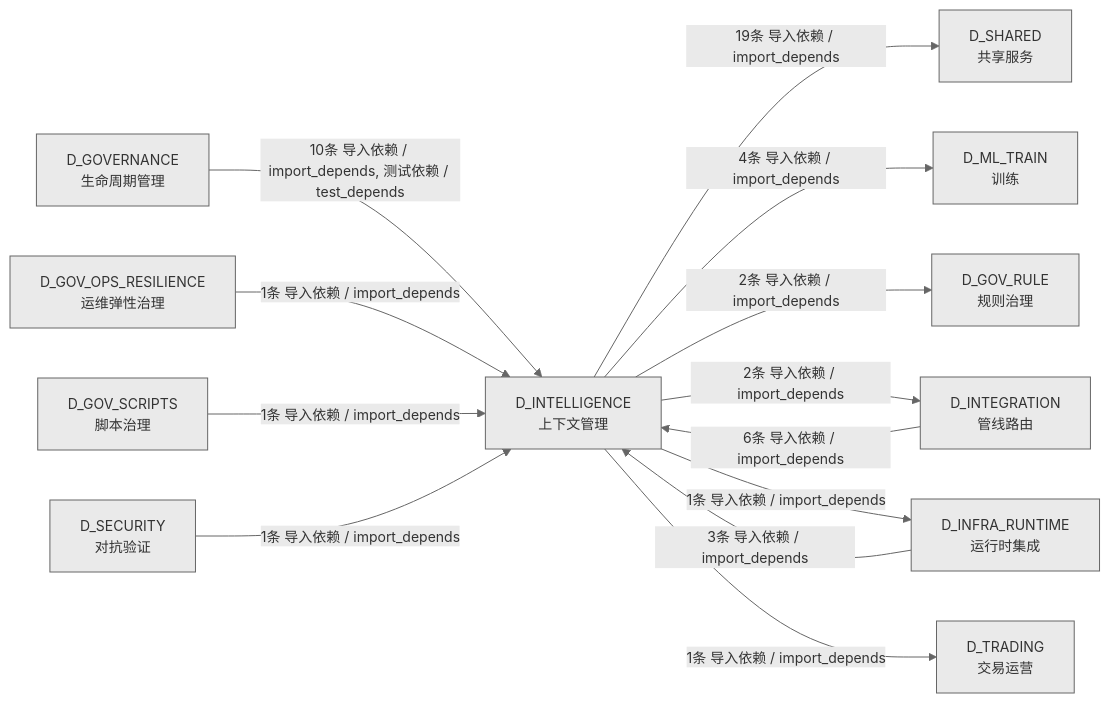
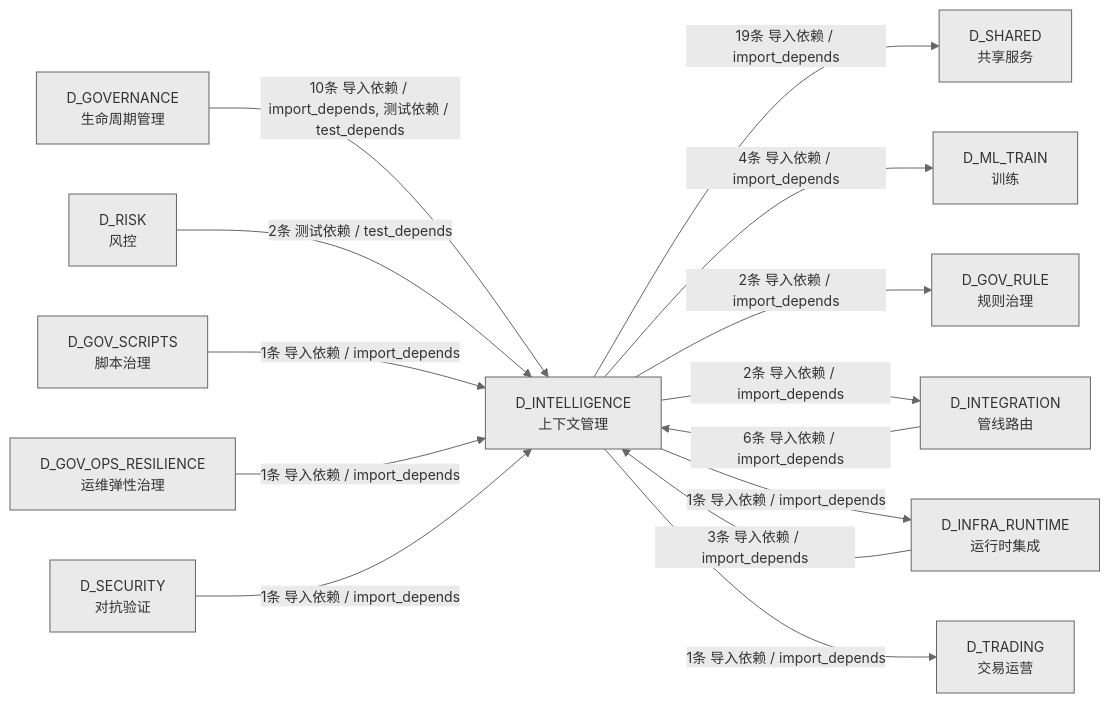
The fourth of 4 diagrams in docs/02_enterprise_architecture/02_domain_architecture_docs/57_d_intelligence.md (xuanFelixVan/ZephyrAlpha), drawn with Mermaid before and after one commit. The commit also changed other lines of this file and 50 other files, not shown here.

````diff
--- a/docs/02_enterprise_architecture/02_domain_architecture_docs/57_d_intelligence.md
+++ b/docs/02_enterprise_architecture/02_domain_architecture_docs/57_d_intelligence.md
@@ -374,27 +377,29 @@
 ```mermaid
 %%{init: {'theme': 'base', 'themeVariables': {'primaryColor': '#eaeaea', 'primaryTextColor': '#333333', 'primaryBorderColor': '#666666', 'lineColor': '#666666', 'secondaryColor': '#eaeaea', 'tertiaryColor': '#eaeaea', 'fontSize': '14px'}}}%%
 graph LR
     D_INTELLIGENCE["D_INTELLIGENCE<br/>上下文管理"]
     D_SHARED["D_SHARED<br/>共享服务"]
     D_ML_TRAIN["D_ML_TRAIN<br/>训练"]
     D_GOV_RULE["D_GOV_RULE<br/>规则治理"]
     D_INTEGRATION["D_INTEGRATION<br/>管线路由"]
     D_INFRA_RUNTIME["D_INFRA_RUNTIME<br/>运行时集成"]
     D_TRADING["D_TRADING<br/>交易运营"]
     D_GOVERNANCE["D_GOVERNANCE<br/>生命周期管理"]
+    D_RISK["D_RISK<br/>风控"]
+    D_GOV_SCRIPTS["D_GOV_SCRIPTS<br/>脚本治理"]
     D_GOV_OPS_RESILIENCE["D_GOV_OPS_RESILIENCE<br/>运维弹性治理"]
-    D_GOV_SCRIPTS["D_GOV_SCRIPTS<br/>脚本治理"]
     D_SECURITY["D_SECURITY<br/>对抗验证"]
     D_INTELLIGENCE -->|19条 导入依赖 / import_depends| D_SHARED
     D_INTELLIGENCE -->|4条 导入依赖 / import_depends| D_ML_TRAIN
     D_INTELLIGENCE -->|2条 导入依赖 / import_depends| D_GOV_RULE
     D_INTELLIGENCE -->|2条 导入依赖 / import_depends| D_INTEGRATION
     D_INTELLIGENCE -->|1条 导入依赖 / import_depends| D_INFRA_RUNTIME
     D_INTELLIGENCE -->|1条 导入依赖 / import_depends| D_TRADING
     D_GOVERNANCE -->|10条 导入依赖 / import_depends, 测试依赖 / test_depends| D_INTELLIGENCE
     D_INTEGRATION -->|6条 导入依赖 / import_depends| D_INTELLIGENCE
     D_INFRA_RUNTIME -->|3条 导入依赖 / import_depends| D_INTELLIGENCE
+    D_RISK -->|2条 测试依赖 / test_depends| D_INTELLIGENCE
+    D_GOV_SCRIPTS -->|1条 导入依赖 / import_depends| D_INTELLIGENCE
     D_GOV_OPS_RESILIENCE -->|1条 导入依赖 / import_depends| D_INTELLIGENCE
-    D_GOV_SCRIPTS -->|1条 导入依赖 / import_depends| D_INTELLIGENCE
     D_SECURITY -->|1条 导入依赖 / import_depends| D_INTELLIGENCE
 ```
````
